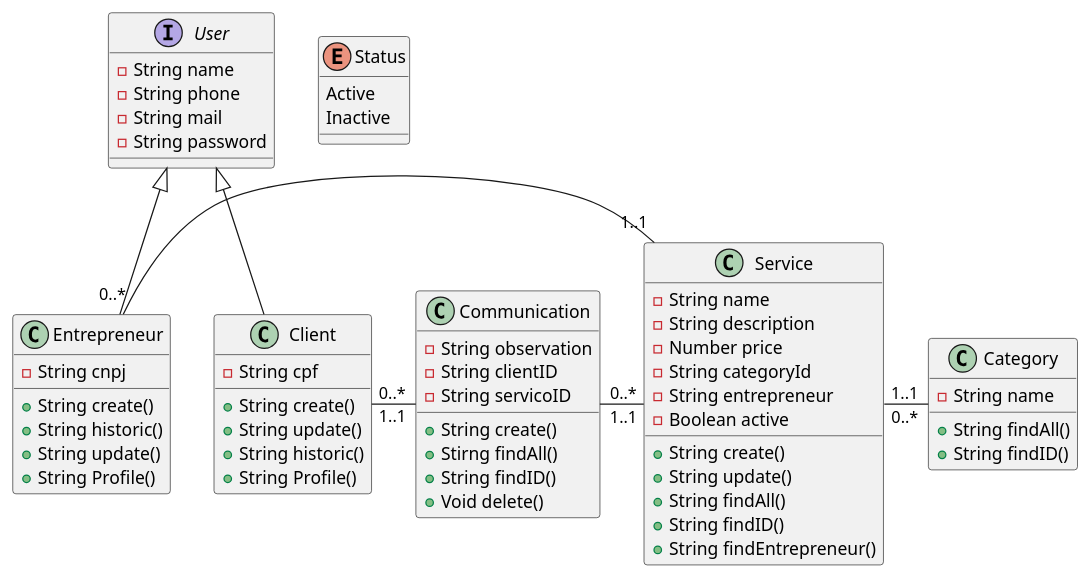
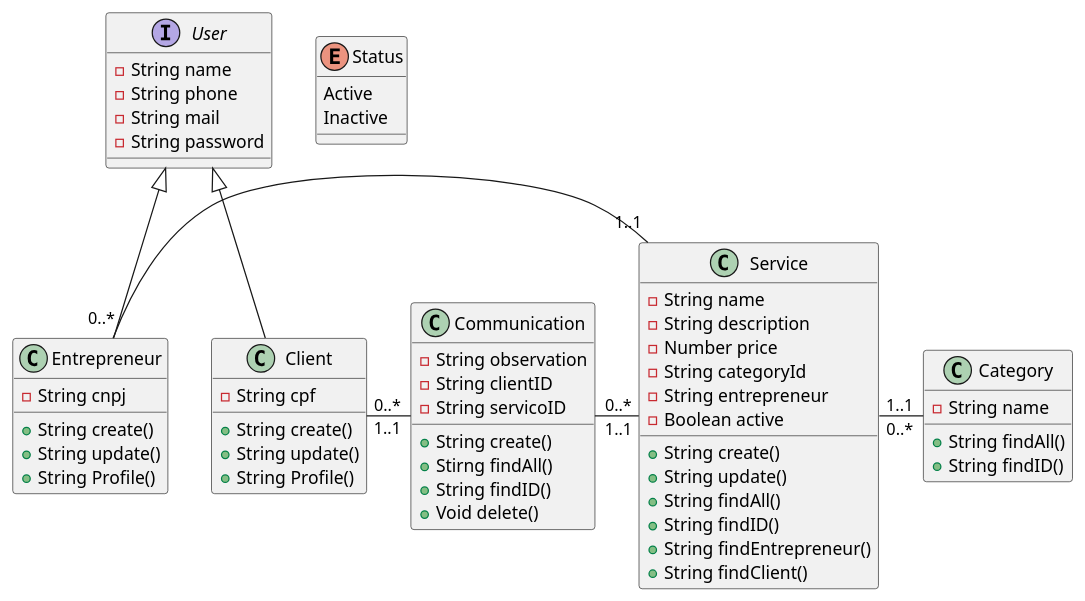
Before and after one commit to LeonardoCamilo10/API-SERVICE-BACK-END: the diagram in diagram-API-SERVICE/src/Diagram-Class/class.puml, drawn with PlantUML.

Commit message:
refactor: add findClient on Service class

```diff
--- a/diagram-API-SERVICE/src/Diagram-Class/class.puml
+++ b/diagram-API-SERVICE/src/Diagram-Class/class.puml
@@ -1,71 +1,70 @@
 @startuml DiagramClass
     interface User {
       -String name
       -String phone
       -String mail
       -String password
     }
 
     class Entrepreneur extends User {
       -String cnpj
       +String create()
-      +String historic()
       +String update()
       +String Profile()
 
     }
 
     class Client extends User {
       -String cpf
       +String create()
       +String update()
-      +String historic()
       +String Profile()
     }
 
     class Service {
       -String name
       -String description
       -Number price
       -String categoryId
       -String entrepreneur
       -Boolean active
 
       +String create()
       +String update()
       +String findAll()
       +String findID()
       +String findEntrepreneur()
+      +String findClient()
     }
 
     Entrepreneur "0..*" - "1..1" Service
 
     enum Status{
       Active
       Inactive
     }
 
     class Category {
       -String name
 
       +String findAll()
       +String findID()
     }
 
     Service "1..1" - "0..*" Category
 
     class Communication{
       -String observation 
       -String clientID
       -String servicoID
 
       +String create()
       +Stirng findAll()
       +String findID()
       +Void delete()
     }
 
     Client "0..*" - "1..1" Communication
     Communication "0..*" - "1..1" Service
     
 @enduml
```
